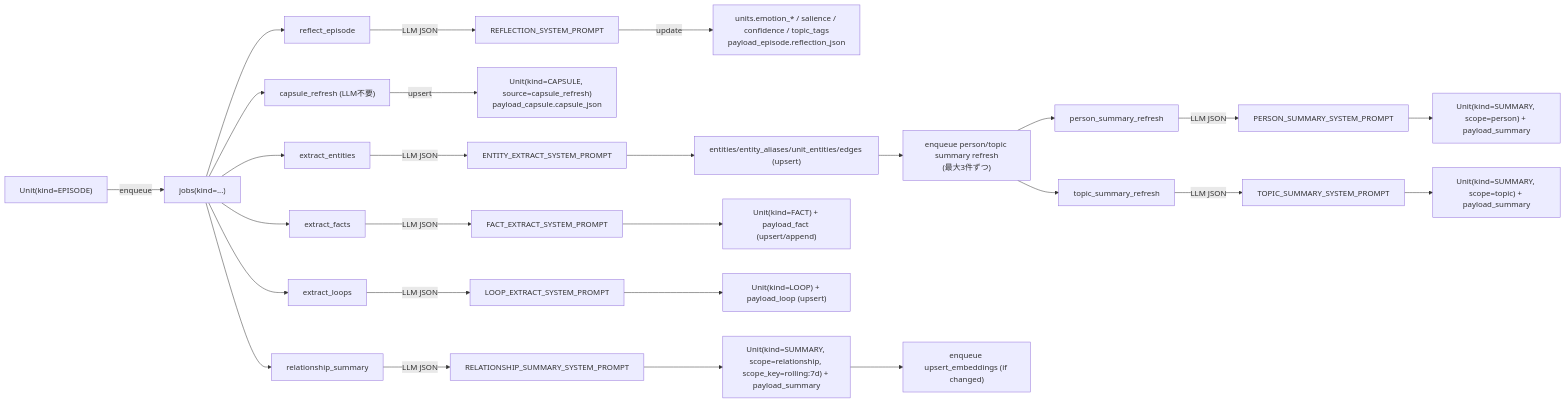
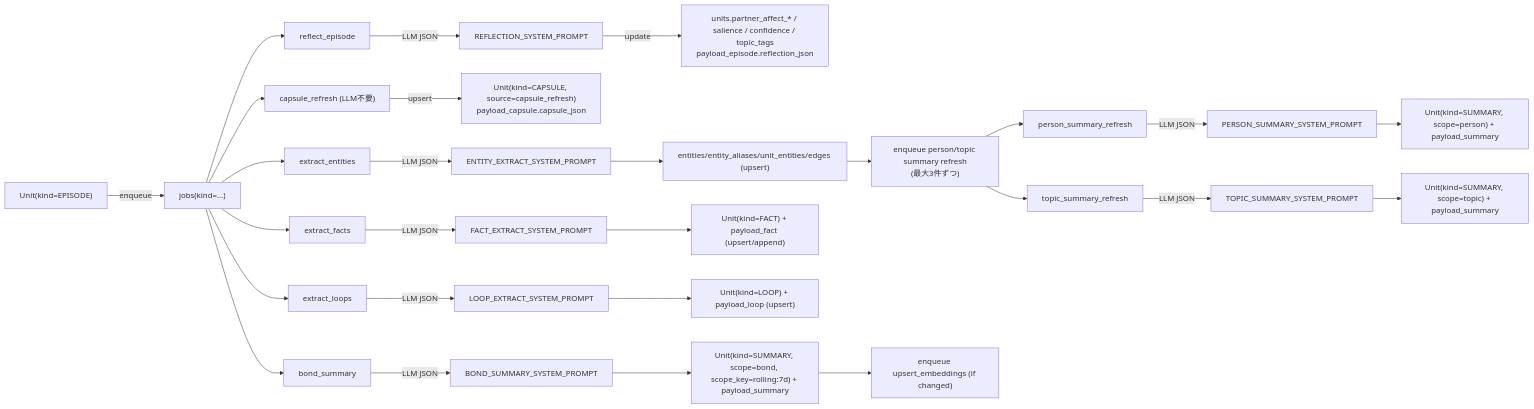
One commit to hirona98/cocoro_ghost changed the fourth of 4 diagrams in docs/prompt_usage_map.md. Above: the diagram before and after it, drawn with Mermaid. The commit also changed other lines of this file and 19 other files, not shown here.

````diff
--- a/docs/prompt_usage_map.md
+++ b/docs/prompt_usage_map.md
@@ -229,36 +229,36 @@
 ```mermaid
 flowchart LR
   EP["Unit(kind=EPISODE)"] -->|enqueue| J["jobs(kind=...)"]
 
   J --> REFL["reflect_episode"]
   REFL -->|LLM JSON| P1["REFLECTION_SYSTEM_PROMPT"]
-  P1 -->|update| U1["units.emotion_* / salience / confidence / topic_tags\npayload_episode.reflection_json"]
+  P1 -->|update| U1["units.partner_affect_* / salience / confidence / topic_tags\npayload_episode.reflection_json"]
   J --> CAPR["capsule_refresh (LLM不要)"]
   CAPR -->|upsert| CAP["Unit(kind=CAPSULE, source=capsule_refresh)\npayload_capsule.capsule_json"]
 
   J --> ENT["extract_entities"]
   ENT -->|LLM JSON| P3["ENTITY_EXTRACT_SYSTEM_PROMPT"]
   P3 --> EDB["entities/entity_aliases/unit_entities/edges (upsert)"]
   EDB --> ENQSUM["enqueue person/topic summary refresh\n(最大3件ずつ)"]
 
   J --> FACT["extract_facts"]
   FACT -->|LLM JSON| P4["FACT_EXTRACT_SYSTEM_PROMPT"]
   P4 --> FDB["Unit(kind=FACT) + payload_fact (upsert/append)"]
 
   J --> LOOP["extract_loops"]
   LOOP -->|LLM JSON| P5["LOOP_EXTRACT_SYSTEM_PROMPT"]
   P5 --> LDB["Unit(kind=LOOP) + payload_loop (upsert)"]
 
   ENQSUM --> PERS["person_summary_refresh"]
   PERS -->|LLM JSON| P6["PERSON_SUMMARY_SYSTEM_PROMPT"]
   P6 --> S1["Unit(kind=SUMMARY, scope=person) + payload_summary"]
 
   ENQSUM --> TOP["topic_summary_refresh"]
   TOP -->|LLM JSON| P7["TOPIC_SUMMARY_SYSTEM_PROMPT"]
   P7 --> S2["Unit(kind=SUMMARY, scope=topic) + payload_summary"]
 
-  J --> WS["relationship_summary"]
-  WS -->|LLM JSON| P8["RELATIONSHIP_SUMMARY_SYSTEM_PROMPT"]
-  P8 --> S3["Unit(kind=SUMMARY, scope=relationship, scope_key=rolling:7d) + payload_summary"]
+  J --> WS["bond_summary"]
+  WS -->|LLM JSON| P8["BOND_SUMMARY_SYSTEM_PROMPT"]
+  P8 --> S3["Unit(kind=SUMMARY, scope=bond, scope_key=rolling:7d) + payload_summary"]
   S3 --> EMB2["enqueue upsert_embeddings (if changed)"]
 ```
````
